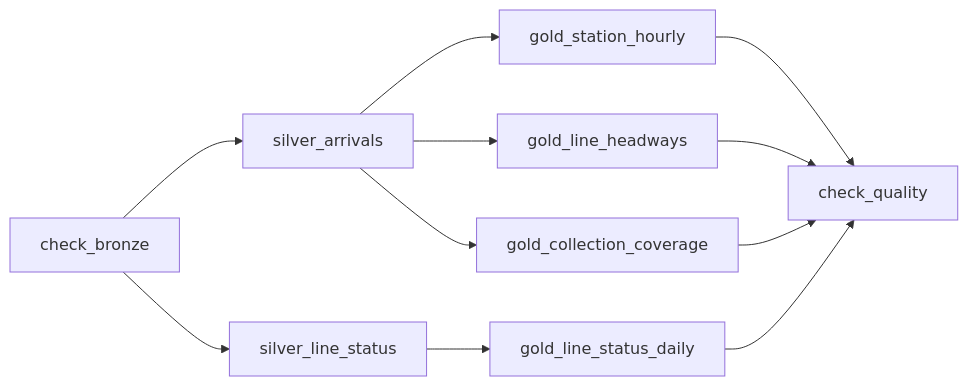
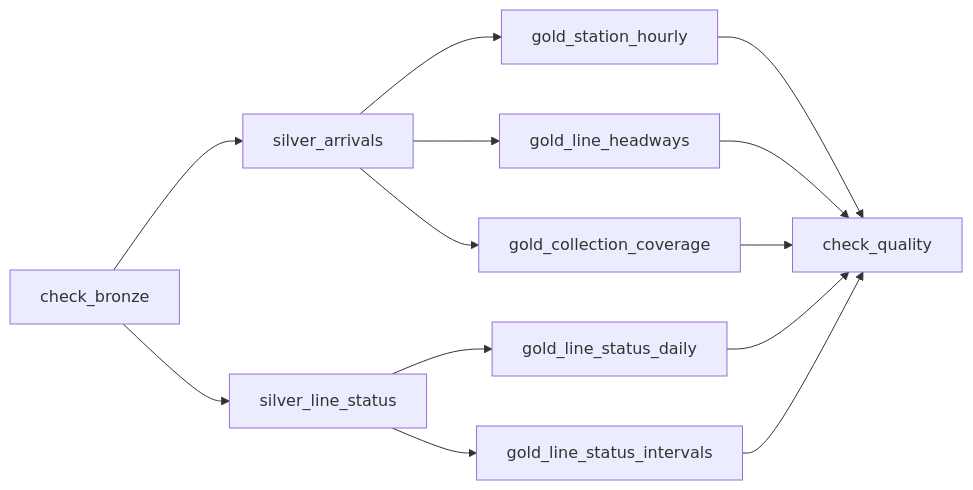
The second of 2 diagrams in README.md (Muhammad234871/tfl-streaming-pipeline), drawn with Mermaid before and after one commit. The commit also changed other lines of this file and 4 other files, not shown here.

````diff
--- a/README.md
+++ b/README.md
@@ -281,13 +295,15 @@
 ```mermaid
 flowchart LR
     B[check_bronze] --> SA[silver_arrivals]
     B --> SL[silver_line_status]
     SA --> GS[gold_station_hourly]
     SA --> GH[gold_line_headways]
     SA --> GC[gold_collection_coverage]
     SL --> GL[gold_line_status_daily]
+    SL --> GI[gold_line_status_intervals]
     GS --> Q[check_quality]
     GH --> Q
     GC --> Q
     GL --> Q
+    GI --> Q
 ```
````
